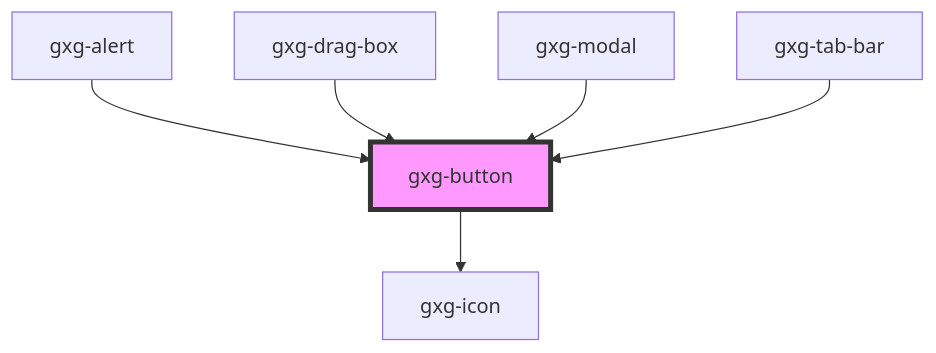
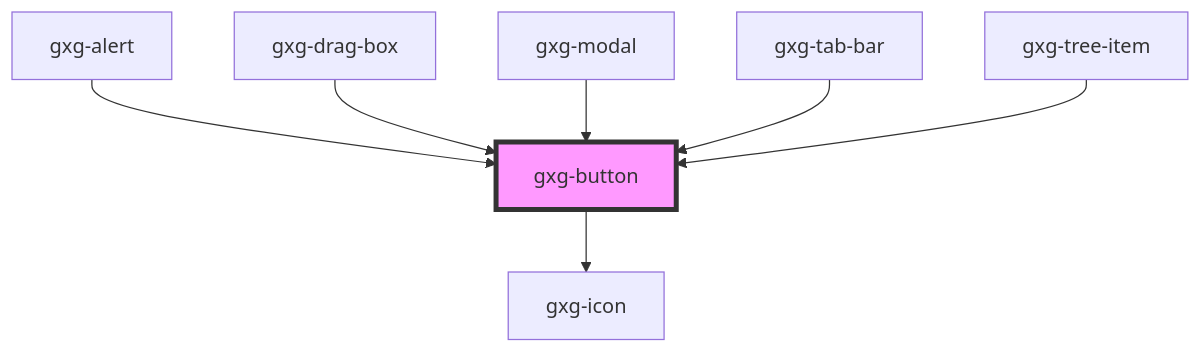
One commit to genexuslabs/gemini changed the diagram in src/components/button/readme.md. Above: the diagram before and after it, drawn with Mermaid. The commit also changed other lines of this file and 2 other files, not shown here.

Commit message:
add button instead of icon on the toggle icon

````diff
--- a/src/components/button/readme.md
+++ b/src/components/button/readme.md
@@ -32,9 +33,10 @@
 ```mermaid
 graph TD;
   gxg-button --> gxg-icon
   gxg-alert --> gxg-button
   gxg-drag-box --> gxg-button
   gxg-modal --> gxg-button
   gxg-tab-bar --> gxg-button
+  gxg-tree-item --> gxg-button
   style gxg-button fill:#f9f,stroke:#333,stroke-width:4px
 ```
````
